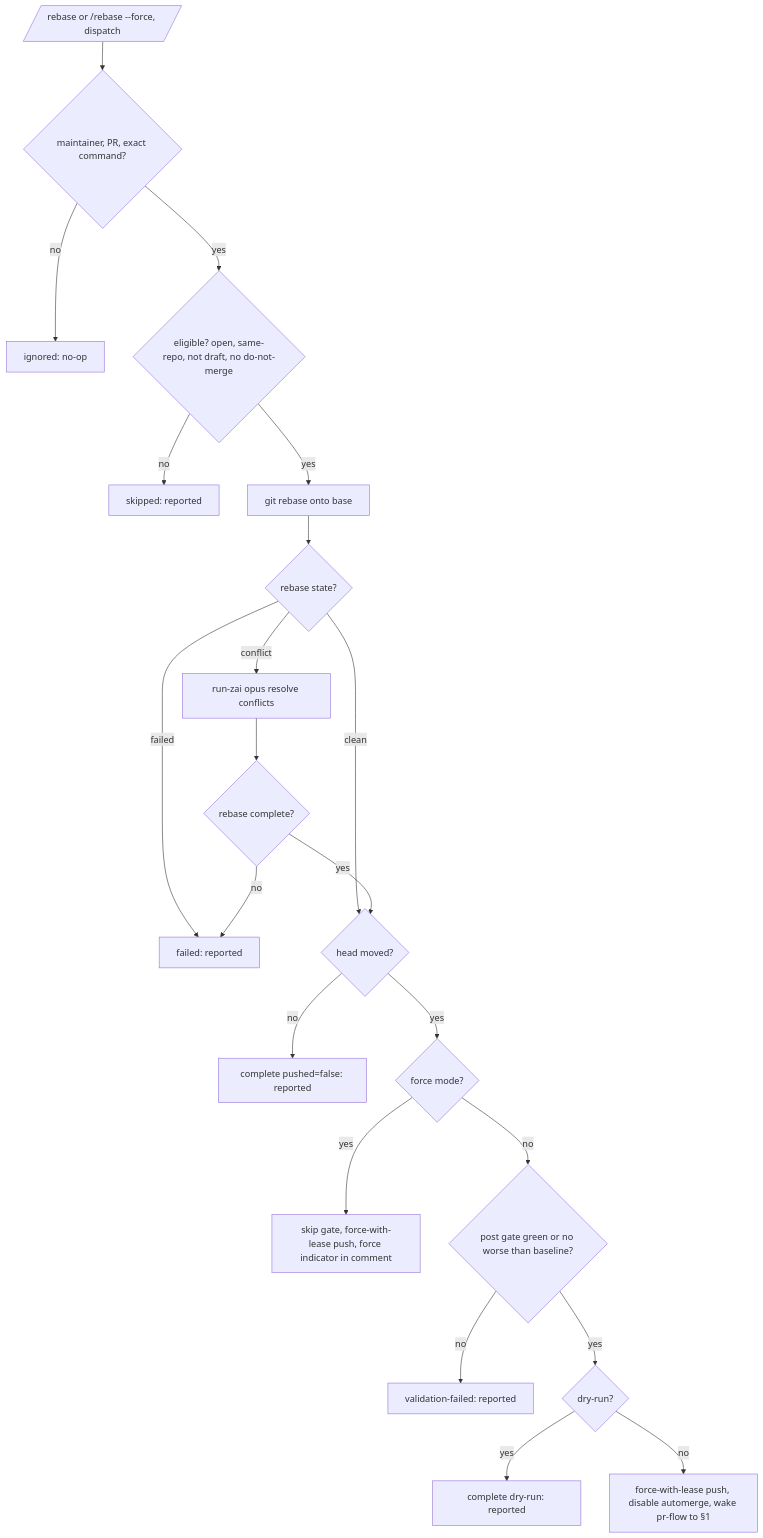
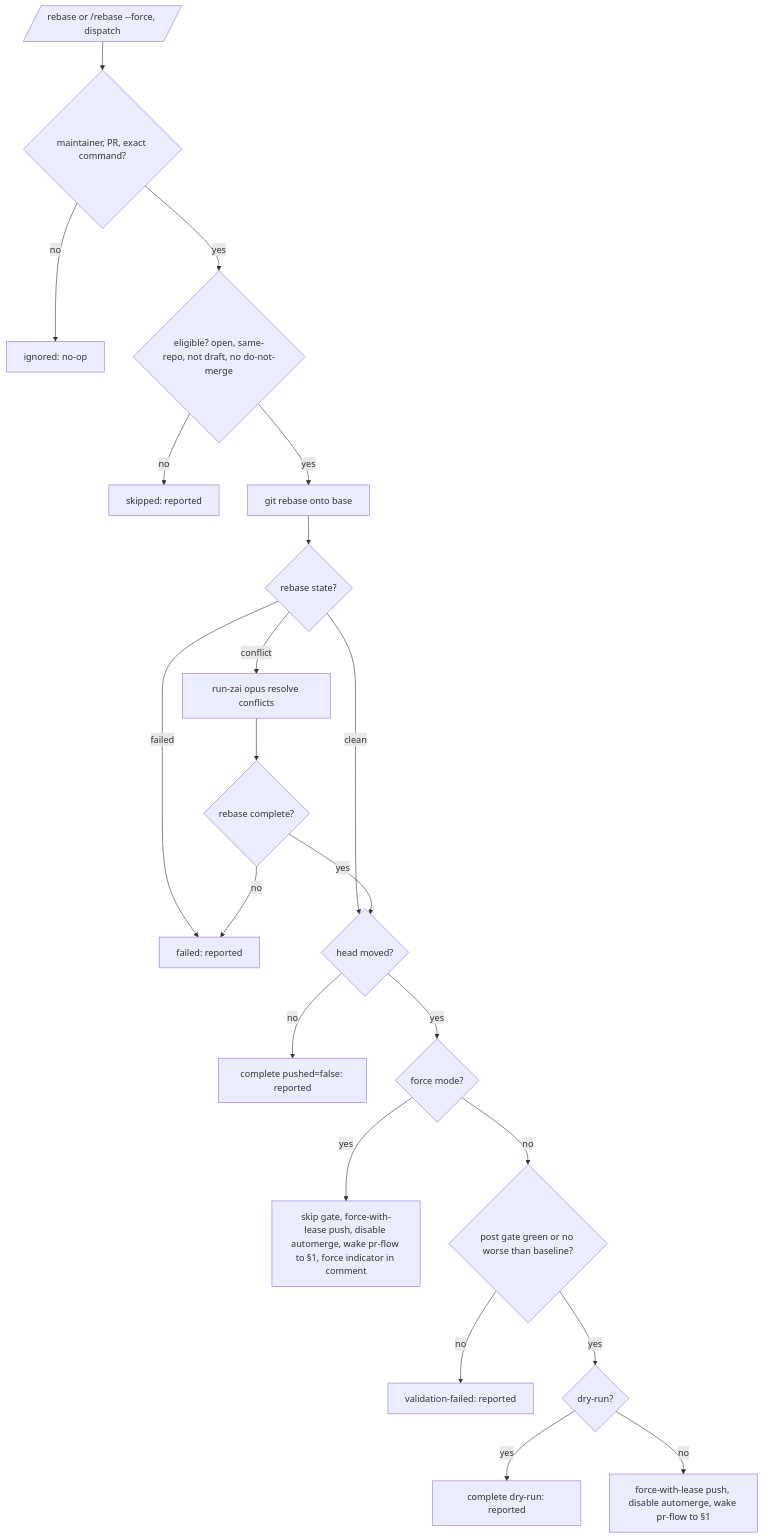
The ninth of 11 diagrams in docs/workflow-e2e-scenarios.md (kostua16/amnezia-control-panel), drawn with Mermaid before and after one commit.

Commit message:
fix(review): address review feedback via /fix-review

````diff
--- a/docs/workflow-e2e-scenarios.md
+++ b/docs/workflow-e2e-scenarios.md
@@ -379,23 +379,23 @@
 ```mermaid
 flowchart TD
   R[/rebase or /rebase --force, dispatch/] --> G{maintainer, PR, exact command?}
   G -->|no| IG[ignored: no-op]
   G -->|yes| E{eligible? open, same-repo, not draft, no do-not-merge}
   E -->|no| SK[skipped: reported]
   E -->|yes| RB[git rebase onto base]
   RB --> S{rebase state?}
   S -->|conflict| ZAI[run-zai opus resolve conflicts]
   S -->|failed| FL[failed: reported]
   ZAI --> V2{rebase complete?}
   V2 -->|no| FL
   S -->|clean| M{head moved?}
   V2 -->|yes| M
   M -->|no| NO[complete pushed=false: reported]
   M -->|yes| FRC{force mode?}
-  FRC -->|yes| FW[skip gate, force-with-lease push, force indicator in comment]
+  FRC -->|yes| FW[skip gate, force-with-lease push, disable automerge, wake pr-flow to §1, force indicator in comment]
   FRC -->|no| V{post gate green or no worse than baseline?}
   V -->|no| VF[validation-failed: reported]
   V -->|yes| P{dry-run?}
   P -->|yes| DR[complete dry-run: reported]
   P -->|no| FW2[force-with-lease push, disable automerge, wake pr-flow to §1]
 ```
````
